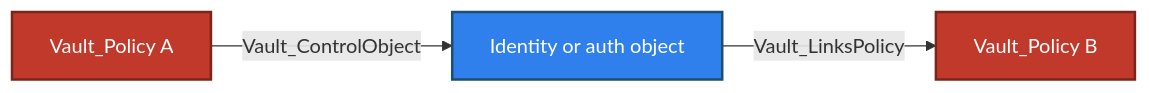
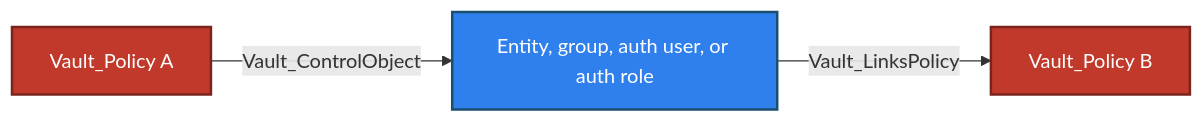
The fifth of 6 diagrams in Documentation/stores/POLICIES.md (bytewreck/opengraph-vault), drawn with Mermaid before and after one commit. The commit also changed other lines of this file and 7 other files, not shown here.

````diff
--- a/Documentation/stores/POLICIES.md
+++ b/Documentation/stores/POLICIES.md
@@ -197,8 +197,8 @@
 ```mermaid
 flowchart LR
-    policyA["Vault_Policy A"]:::policyNode -->|Vault_ControlObject| object["Identity or auth object"]:::identityNode
+    policyA["Vault_Policy A"]:::policyNode -->|Vault_ControlObject| object["Entity, group, auth user, or auth role"]:::identityNode
     object -->|Vault_LinksPolicy| policyB["Vault_Policy B"]:::policyNode
 
     classDef policyNode fill:#C0392B,color:#fff,stroke:#7B241C,stroke-width:2px
     classDef identityNode fill:#2F80ED,color:#fff,stroke:#1B4F72,stroke-width:2px
 ```
````
